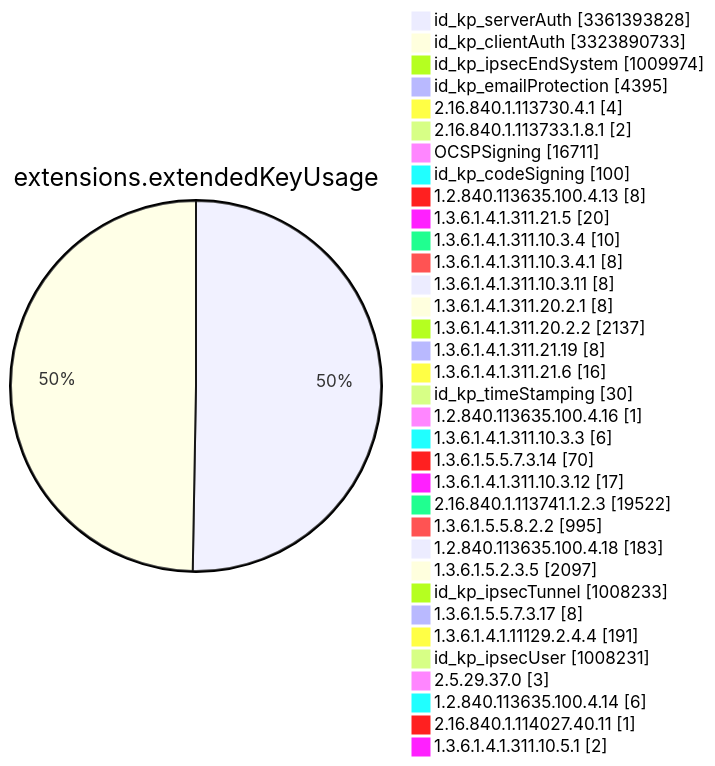
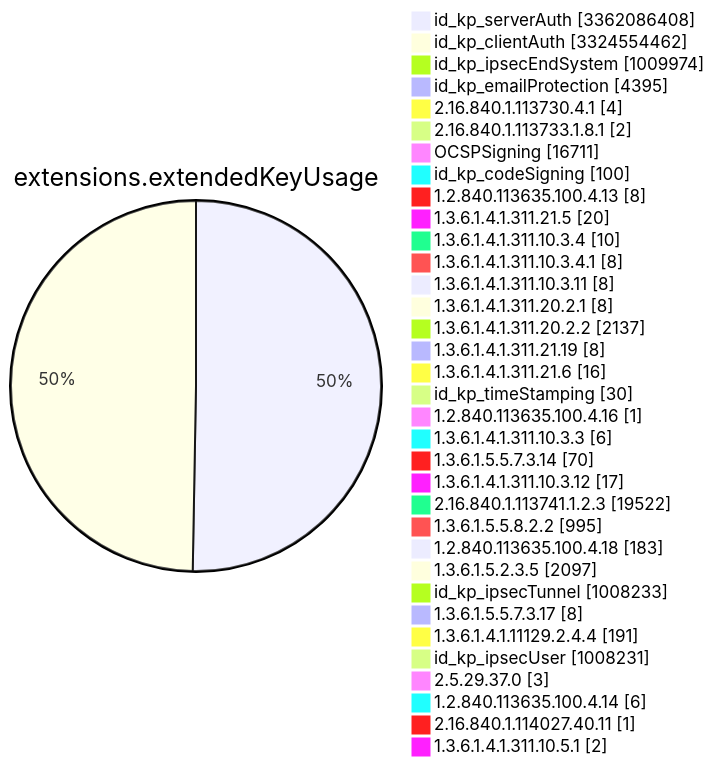
One commit to christiankrug/ctmonitor_visualization changed diagram 11 of 15 in TOTAL/README.md. Above: the diagram before and after it, drawn with Mermaid. The commit also changed other lines of this file, not shown here.

````diff
--- a/TOTAL/README.md
+++ b/TOTAL/README.md
@@ -4120,38 +4120,38 @@
 ```mermaid
 pie showData
 title extensions.extendedKeyUsage
-"id_kp_serverAuth" :3361393828
-"id_kp_clientAuth" :3323890733
+"id_kp_serverAuth" :3362086408
+"id_kp_clientAuth" :3324554462
 "id_kp_ipsecEndSystem" :1009974
 "id_kp_emailProtection" :4395
 "2.16.840.1.113730.4.1" :4
 "2.16.840.1.113733.1.8.1" :2
 "OCSPSigning" :16711
 "id_kp_codeSigning" :100
 "1.2.840.113635.100.4.13" :8
 "1.3.6.1.4.1.311.21.5" :20
 "1.3.6.1.4.1.311.10.3.4" :10
 "1.3.6.1.4.1.311.10.3.4.1" :8
 "1.3.6.1.4.1.311.10.3.11" :8
 "1.3.6.1.4.1.311.20.2.1" :8
 "1.3.6.1.4.1.311.20.2.2" :2137
 "1.3.6.1.4.1.311.21.19" :8
 "1.3.6.1.4.1.311.21.6" :16
 "id_kp_timeStamping" :30
 "1.2.840.113635.100.4.16" :1
 "1.3.6.1.4.1.311.10.3.3" :6
 "1.3.6.1.5.5.7.3.14" :70
 "1.3.6.1.4.1.311.10.3.12" :17
 "2.16.840.1.113741.1.2.3" :19522
 "1.3.6.1.5.5.8.2.2" :995
 "1.2.840.113635.100.4.18" :183
 "1.3.6.1.5.2.3.5" :2097
 "id_kp_ipsecTunnel" :1008233
 "1.3.6.1.5.5.7.3.17" :8
 "1.3.6.1.4.1.11129.2.4.4" :191
 "id_kp_ipsecUser" :1008231
 "2.5.29.37.0" :3
 "1.2.840.113635.100.4.14" :6
 "2.16.840.1.114027.40.11" :1
 "1.3.6.1.4.1.311.10.5.1" :2
 ```
````
